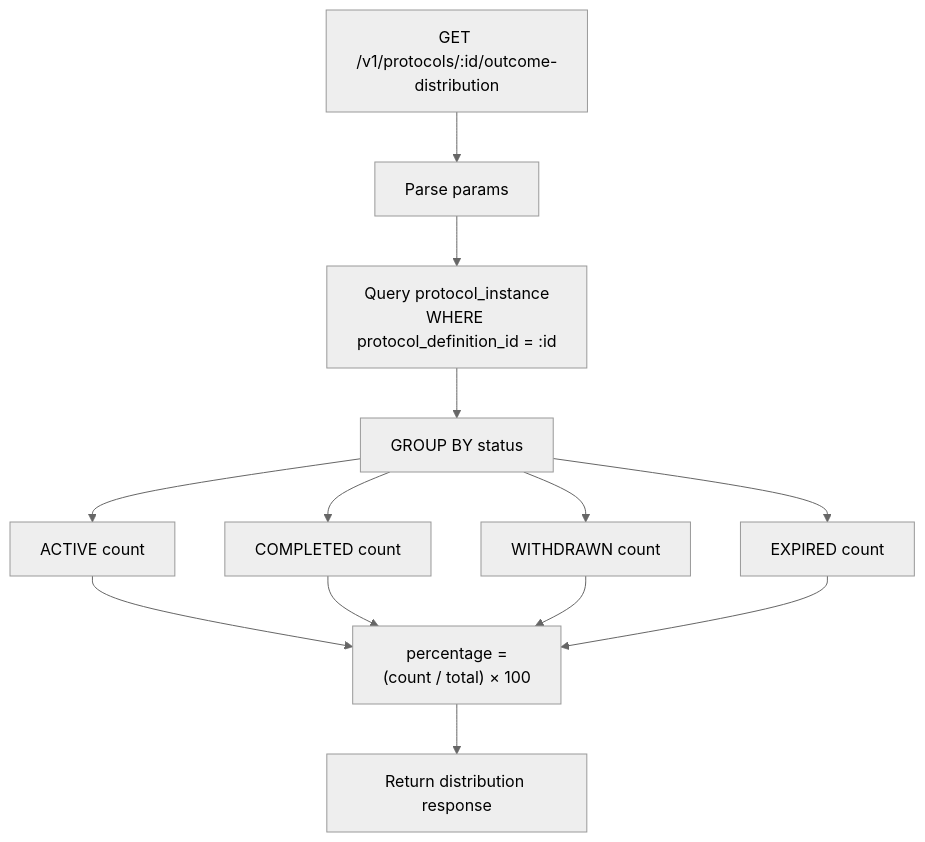
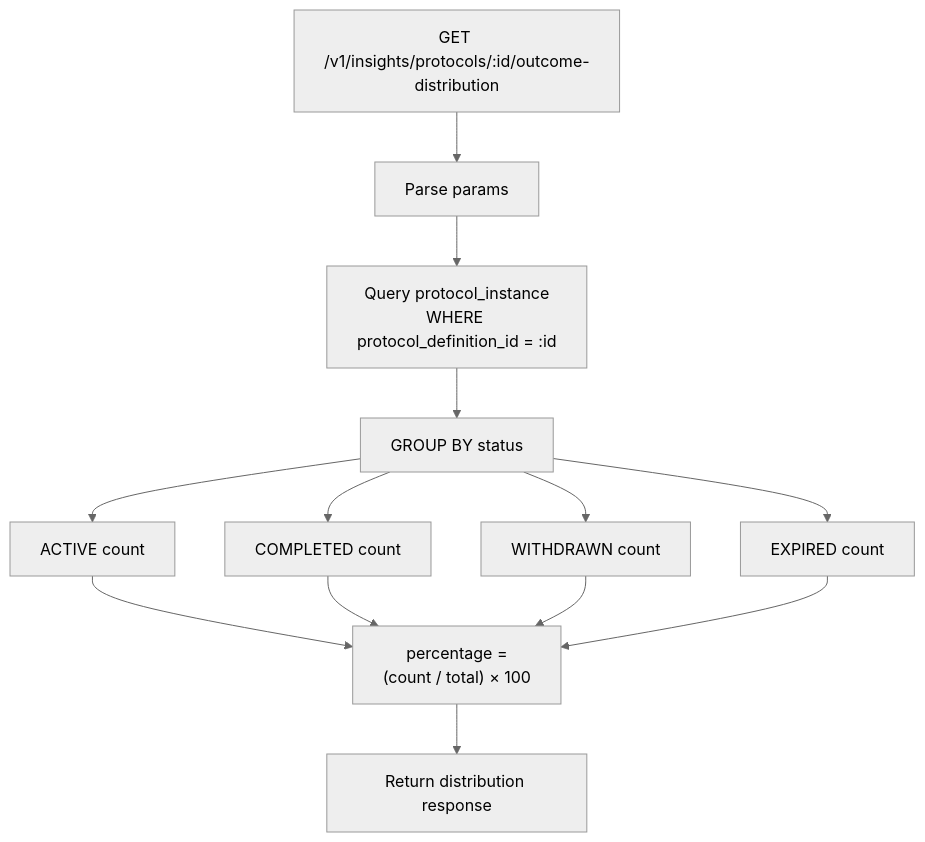
Before and after one commit to AjishaVayoli-Tarento/cce-insights-service: diagram 13 of 27 in docs/flow-diagrams.md, drawn with Mermaid (neutral theme). The commit also changed other lines of this file and 27 other files, not shown here.

````diff
--- a/docs/flow-diagrams.md
+++ b/docs/flow-diagrams.md
@@ -266,18 +266,18 @@
 ```mermaid
 flowchart TD
-    A[GET /v1/protocols/:id/outcome-distribution] --> B[Parse params]
+    A[GET /v1/insights/protocols/:id/outcome-distribution] --> B[Parse params]
     B --> C[Query protocol_instance<br/>WHERE protocol_definition_id = :id]
     C --> D[GROUP BY status]
 
     D --> E[ACTIVE count]
     D --> F[COMPLETED count]
     D --> G[WITHDRAWN count]
     D --> H[EXPIRED count]
 
     E --> I["percentage =<br/>(count / total) × 100"]
     F --> I
     G --> I
     H --> I
 
     I --> J[Return distribution response]
 ```
````
